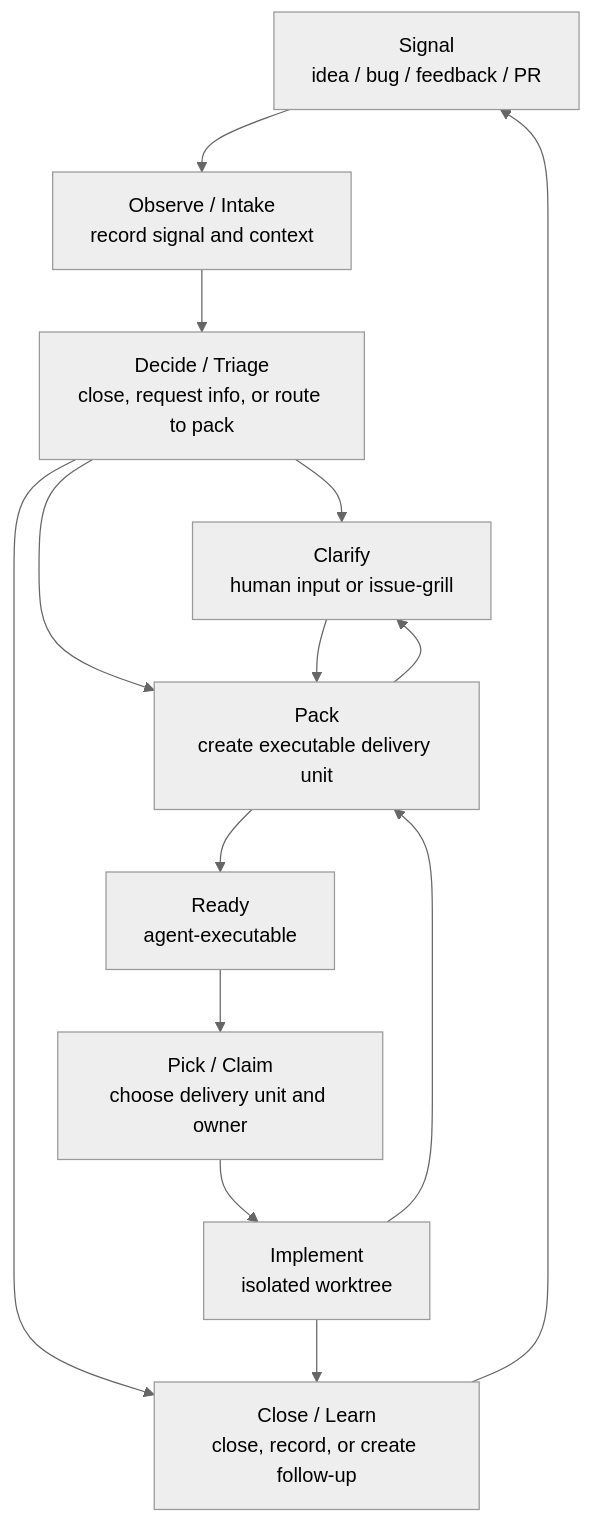
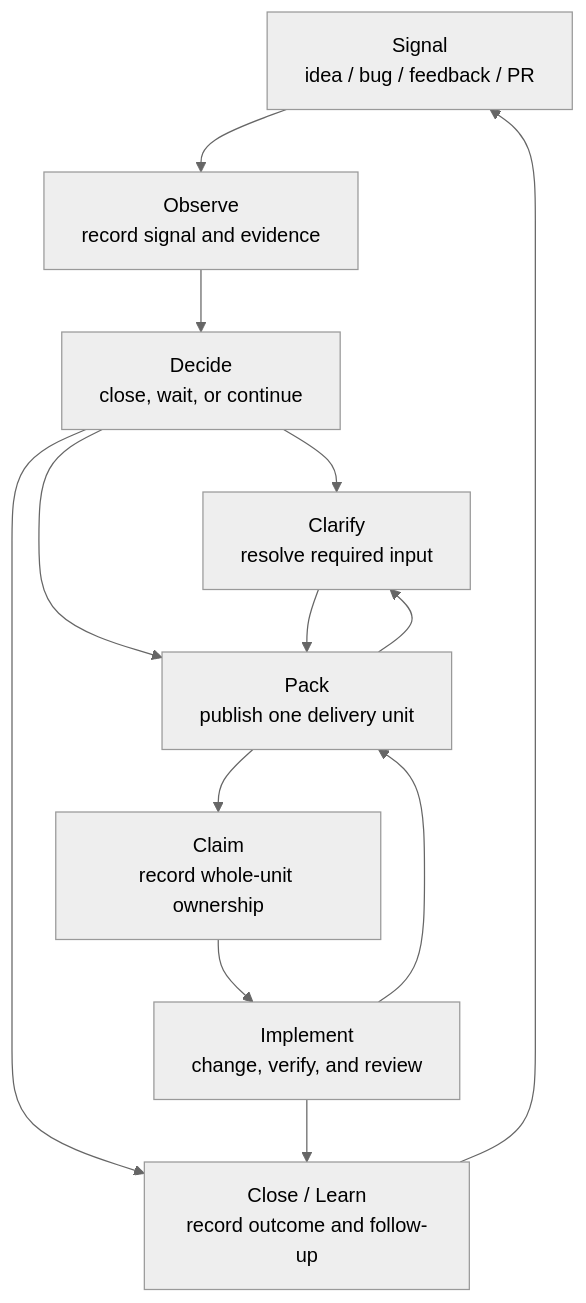
Before and after one commit to Andiedie/skills: the diagram in skills/ai-native-development/docs/delivery-loop.md, drawn with Mermaid (neutral theme). The commit also changed other lines of this file and 5 other files, not shown here.

````diff
--- a/skills/ai-native-development/docs/delivery-loop.md
+++ b/skills/ai-native-development/docs/delivery-loop.md
@@ -130,26 +66,24 @@
 ```mermaid
 flowchart TD
   Signal["Signal<br/>idea / bug / feedback / PR"]
-  Intake["Observe / Intake<br/>record signal and context"]
-  Triage["Decide / Triage<br/>close, request info, or route to pack"]
-  Info["Clarify<br/>human input or issue-grill"]
-  Pack["Pack<br/>create executable delivery unit"]
-  Ready["Ready<br/>agent-executable"]
-  Claim["Pick / Claim<br/>choose delivery unit and owner"]
-  Implement["Implement<br/>isolated worktree"]
-  Closed["Close / Learn<br/>close, record, or create follow-up"]
+  Observe["Observe<br/>record signal and evidence"]
+  Decide["Decide<br/>close, wait, or continue"]
+  Clarify["Clarify<br/>resolve required input"]
+  Pack["Pack<br/>publish one delivery unit"]
+  Claim["Claim<br/>record whole-unit ownership"]
+  Implement["Implement<br/>change, verify, and review"]
+  Close["Close / Learn<br/>record outcome and follow-up"]
 
-  Signal --> Intake
-  Intake --> Triage
-  Triage --> Closed
-  Triage --> Info
-  Triage --> Pack
-  Info --> Pack
-  Pack --> Info
-  Pack --> Ready
-  Ready --> Claim
+  Signal --> Observe
+  Observe --> Decide
+  Decide --> Close
+  Decide --> Clarify
+  Decide --> Pack
+  Clarify --> Pack
+  Pack --> Clarify
+  Pack --> Claim
   Claim --> Implement
   Implement --> Pack
-  Implement --> Closed
-  Closed --> Signal
+  Implement --> Close
+  Close --> Signal
 ```
````
